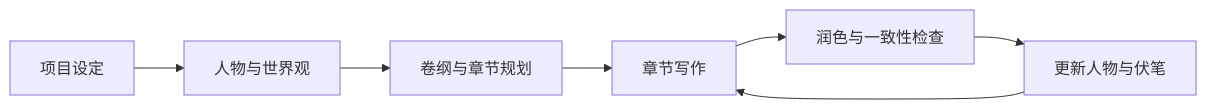
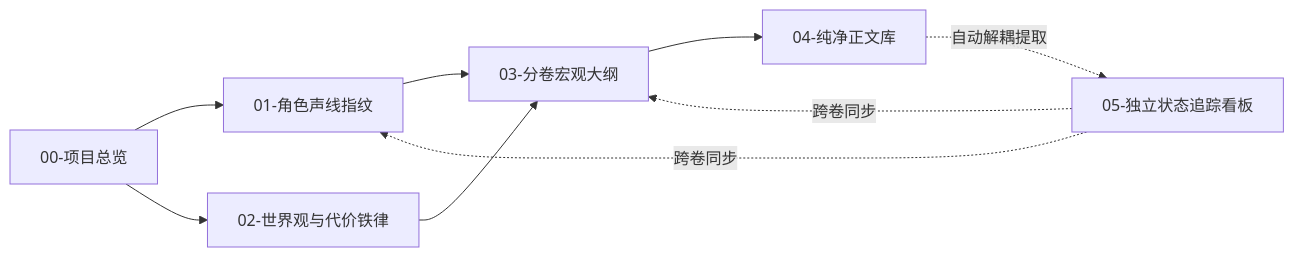
One commit to dashenbibi/novel-master changed the diagram in README.md. Above: the diagram before and after it, drawn with Mermaid. The commit also changed other lines of this file and 21 other files, not shown here.

````diff
--- a/README.md
+++ b/README.md
@@ -179,9 +99,9 @@
 ```mermaid
 flowchart LR
-    A[项目设定] --> B[人物与世界观]
-    B --> C[卷纲与章节规划]
-    C --> D[章节写作]
-    D --> E[润色与一致性检查]
-    E --> F[更新人物与伏笔]
-    F --> D
+    A[00-项目总览] --> B[01-角色声线指纹]
+    A --> C[02-世界观与代价铁律]
+    B & C --> D[03-分卷宏观大纲]
+    D --> E[04-纯净正文库]
+    E -. 自动解耦提取 .-> F[05-独立状态追踪看板]
+    F -. 跨卷同步 .-> B & D
 ```
````
